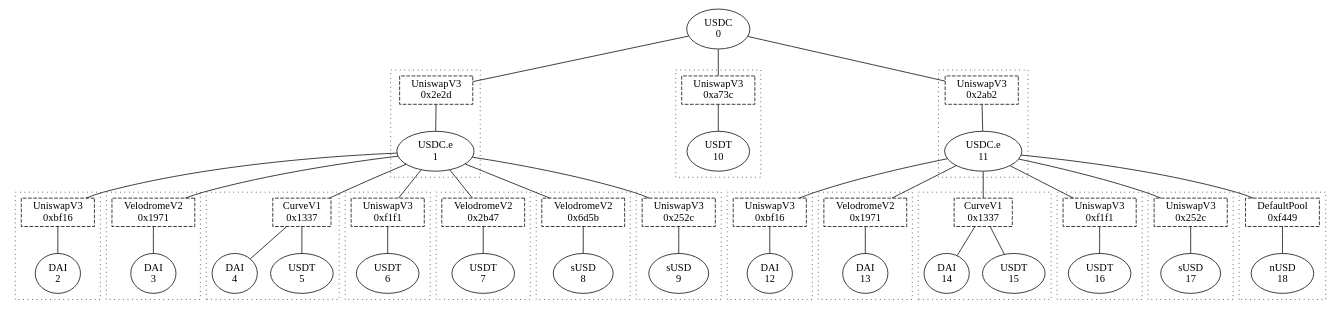
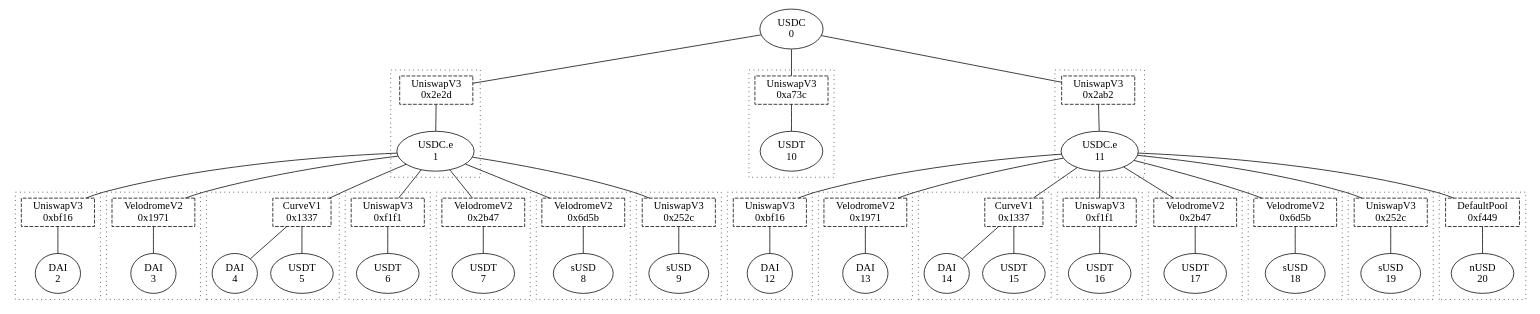
One commit to synapsecns/synapse-contracts changed the diagram in script/configs/optimism/LinkedPool.CCTP.USDC.dot. Above: the diagram before and after it, drawn with Graphviz. The commit also changed 2 other files, not shown here.

```diff
--- a/script/configs/optimism/LinkedPool.CCTP.USDC.dot
+++ b/script/configs/optimism/LinkedPool.CCTP.USDC.dot
@@ -16,8 +16,10 @@
     token14 [label = "DAI\n14";];
     token15 [label = "USDT\n15";];
     token16 [label = "USDT\n16";];
-    token17 [label = "sUSD\n17";];
-    token18 [label = "nUSD\n18";];
+    token17 [label = "USDT\n17";];
+    token18 [label = "sUSD\n18";];
+    token19 [label = "sUSD\n19";];
+    token20 [label = "nUSD\n20";];
     pool0 [label = "UniswapV3\n0x2e2d";shape = rect;style = dashed;];
     token0 -- pool0;
     subgraph cluster0 {
@@ -174,7 +176,7 @@
             token16;
         }
     }
-    pool14 [label = "UniswapV3\n0x252c";shape = rect;style = dashed;];
+    pool14 [label = "VelodromeV2\n0x2b47";shape = rect;style = dashed;];
     token11 -- pool14;
     subgraph cluster14 {
         style = dotted;
@@ -185,7 +187,7 @@
             token17;
         }
     }
-    pool15 [label = "DefaultPool\n0xf449";shape = rect;style = dashed;];
+    pool15 [label = "VelodromeV2\n0x6d5b";shape = rect;style = dashed;];
     token11 -- pool15;
     subgraph cluster15 {
         style = dotted;
@@ -196,4 +198,26 @@
             token18;
         }
     }
+    pool16 [label = "UniswapV3\n0x252c";shape = rect;style = dashed;];
+    token11 -- pool16;
+    subgraph cluster16 {
+        style = dotted;
+        pool16 -- token19;
+        subgraph {
+            rank = same;
+            edge [style = invis;];
+            token19;
+        }
+    }
+    pool17 [label = "DefaultPool\n0xf449";shape = rect;style = dashed;];
+    token11 -- pool17;
+    subgraph cluster17 {
+        style = dotted;
+        pool17 -- token20;
+        subgraph {
+            rank = same;
+            edge [style = invis;];
+            token20;
+        }
+    }
 }
```
